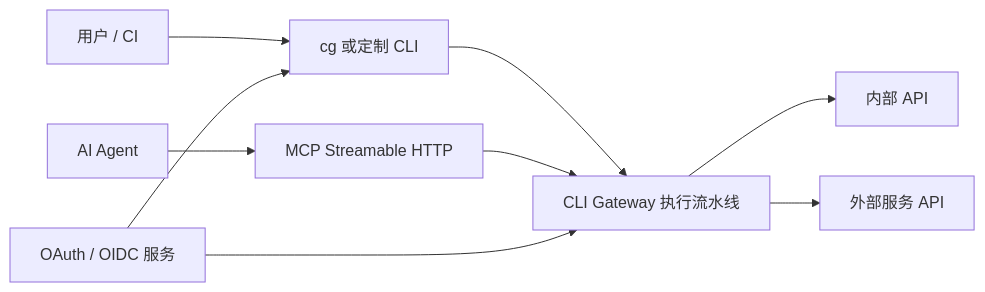
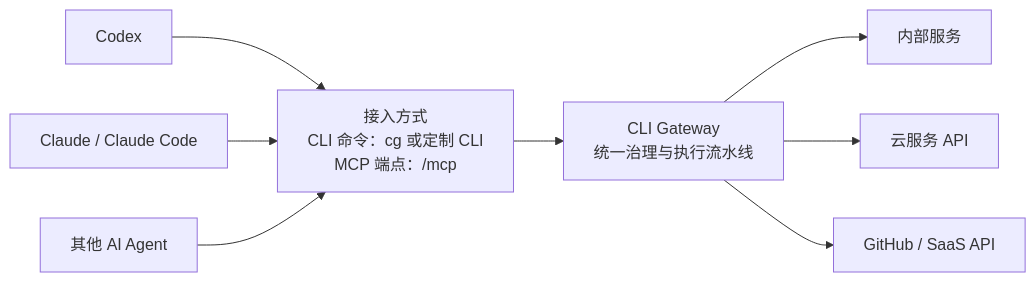
One commit to wyh0626/cli-gateway changed the diagram in README.zh-CN.md. Above: the diagram before and after it, drawn with Mermaid. The commit also changed other lines of this file and 8 other files, not shown here.

````diff
--- a/README.zh-CN.md
+++ b/README.zh-CN.md
@@ -29,11 +33,10 @@
 ```mermaid
 flowchart LR
-    User["用户 / CI"] --> CLI["cg 或定制 CLI"]
-    Agent["AI Agent"] --> MCP["MCP Streamable HTTP"]
-    CLI --> Gateway["CLI Gateway 执行流水线"]
-    MCP --> Gateway
-    Gateway --> API1["内部 API"]
-    Gateway --> API2["外部服务 API"]
-    IdP["OAuth / OIDC 服务"] --> CLI
-    IdP --> Gateway
+    Codex["Codex"] --> Access["接入方式<br/>CLI 命令：cg 或定制 CLI<br/>MCP 端点：/mcp"]
+    Claude["Claude / Claude Code"] --> Access
+    Other["其他 AI Agent"] --> Access
+    Access --> Gateway["CLI Gateway<br/>统一治理与执行流水线"]
+    Gateway --> Internal["内部服务"]
+    Gateway --> Cloud["云服务 API"]
+    Gateway --> SaaS["GitHub / SaaS API"]
 ```
````
